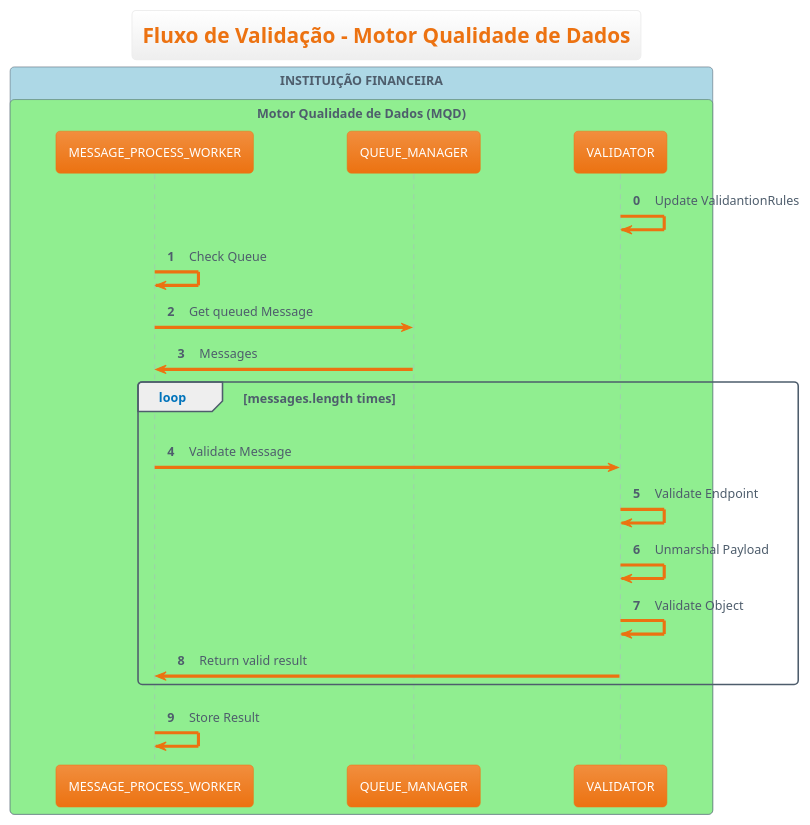
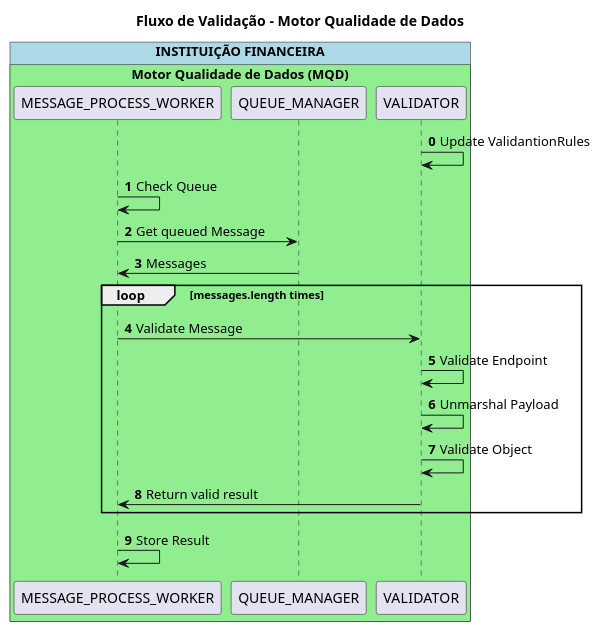
One commit to OpenBanking-Brasil/mqd-client changed the diagram in docs/Arquitetura/desenhos/fluxo_Validation.puml. Above: the diagram before and after it, drawn with PlantUML. The commit also changed 1 other file, not shown here.

Commit message:
fluxo_Validation theme was modified

```diff
--- a/docs/Arquitetura/desenhos/fluxo_Validation.puml
+++ b/docs/Arquitetura/desenhos/fluxo_Validation.puml
@@ -1,30 +1,29 @@
 @startuml
-!theme aws-orange
 title Fluxo de Validação - Motor Qualidade de Dados
 
 !pragma teoz true
 box "INSTITUIÇÃO FINANCEIRA" #LightBlue
   box "Motor Qualidade de Dados (MQD)" #LightGreen
     participant MESSAGE_PROCESS_WORKER
     participant QUEUE_MANAGER
     participant VALIDATOR
   end box
 end box
 
 autonumber 0
 VALIDATOR -> VALIDATOR: Update ValidantionRules
 MESSAGE_PROCESS_WORKER -> MESSAGE_PROCESS_WORKER: Check Queue
 
 MESSAGE_PROCESS_WORKER -> QUEUE_MANAGER: Get queued Message
 QUEUE_MANAGER -> MESSAGE_PROCESS_WORKER: Messages
 loop messages.length times
     MESSAGE_PROCESS_WORKER -> VALIDATOR : Validate Message
     VALIDATOR -> VALIDATOR: Validate Endpoint
     VALIDATOR -> VALIDATOR: Unmarshal Payload
     VALIDATOR -> VALIDATOR : Validate Object
     VALIDATOR -> MESSAGE_PROCESS_WORKER: Return valid result
 end
 
 MESSAGE_PROCESS_WORKER -> MESSAGE_PROCESS_WORKER : Store Result
 
 @enduml
```
